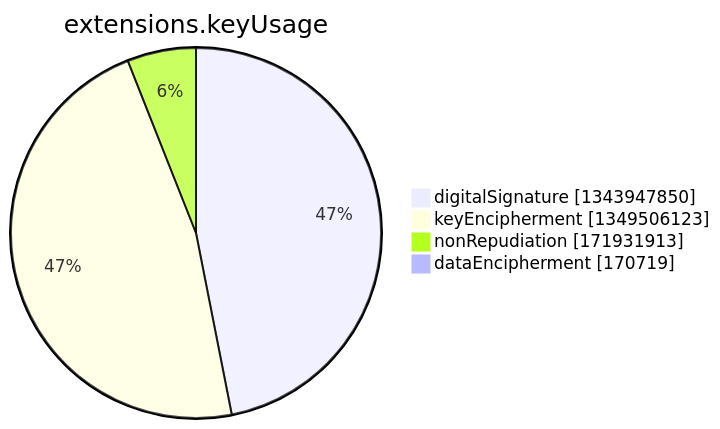
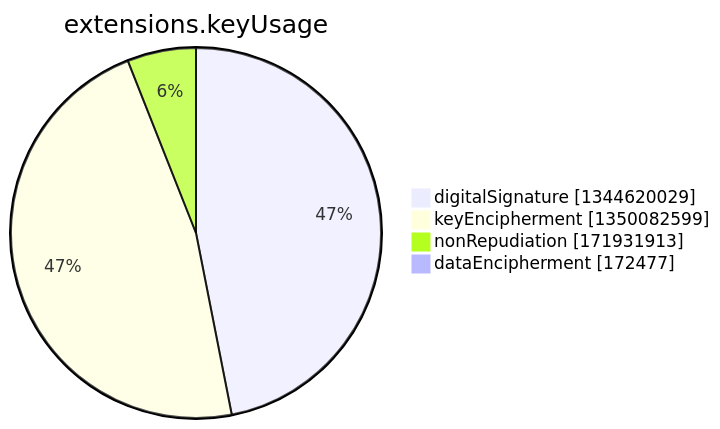
Before and after one commit to christiankrug/ctmonitor_visualization: the seventh of 15 diagrams in argon2022/README.md, drawn with Mermaid. The commit also changed other lines of this file, not shown here.

````diff
--- a/argon2022/README.md
+++ b/argon2022/README.md
@@ -2750,8 +2750,8 @@
 ```mermaid
 pie showData
 title extensions.keyUsage
-"digitalSignature" :1343947850
-"keyEncipherment" :1349506123
+"digitalSignature" :1344620029
+"keyEncipherment" :1350082599
 "nonRepudiation" :171931913
-"dataEncipherment" :170719
+"dataEncipherment" :172477
 ```
````
